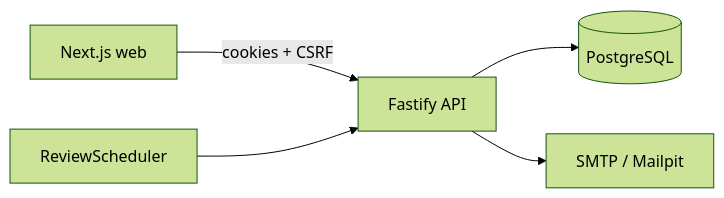
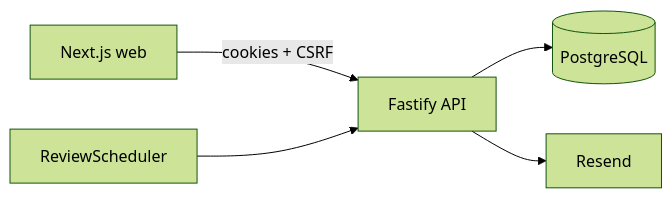
The diagram in README.md (datechcop-stack/impact-plan-api), drawn with Mermaid (forest theme) before and after one commit. The commit also changed other lines of this file and 11 other files, not shown here.

````diff
--- a/README.md
+++ b/README.md
@@ -18,7 +18,7 @@
 ```mermaid
 flowchart LR
   Web[Next.js web] -->|cookies + CSRF| API[Fastify API]
   API --> PG[(PostgreSQL)]
-  API --> SMTP[SMTP / Mailpit]
+  API --> Resend[Resend]
   Jobs[ReviewScheduler] --> API
 ```
````
